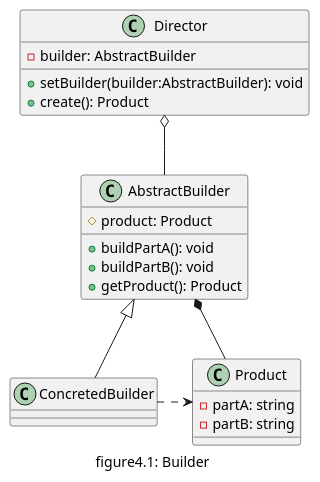
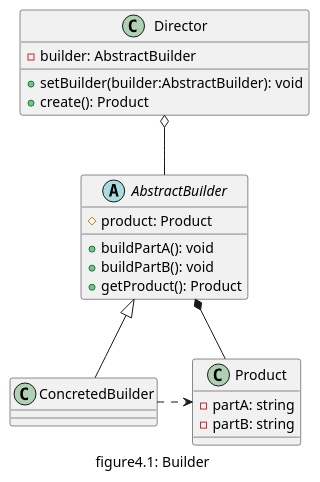
The diagram in doc/uml/04_builder.pu (daileyet/designpattern4cplusplus), drawn with PlantUML before and after one commit. The commit also changed 33 other files, not shown here.

Commit message:
add iterator and change uml before

```diff
--- a/doc/uml/04_builder.pu
+++ b/doc/uml/04_builder.pu
@@ -1,30 +1,30 @@
 @startuml "figure4.1_builder"
 caption figure4.1: Builder
 
 class Product{
     - partA: string 
     - partB: string
 }
 
-class AbstractBuilder{
+abstract class AbstractBuilder{
     # product: Product
     + buildPartA(): void
     + buildPartB(): void
     + getProduct(): Product
 }
 
 class ConcretedBuilder{
 
 }
 
 class Director{
     - builder: AbstractBuilder
     + setBuilder(builder:AbstractBuilder): void
     + create(): Product
 }
 
 AbstractBuilder *-- Product
 ConcretedBuilder .right.> Product
 AbstractBuilder <|-- ConcretedBuilder
 Director o-- AbstractBuilder
 @enduml
```
